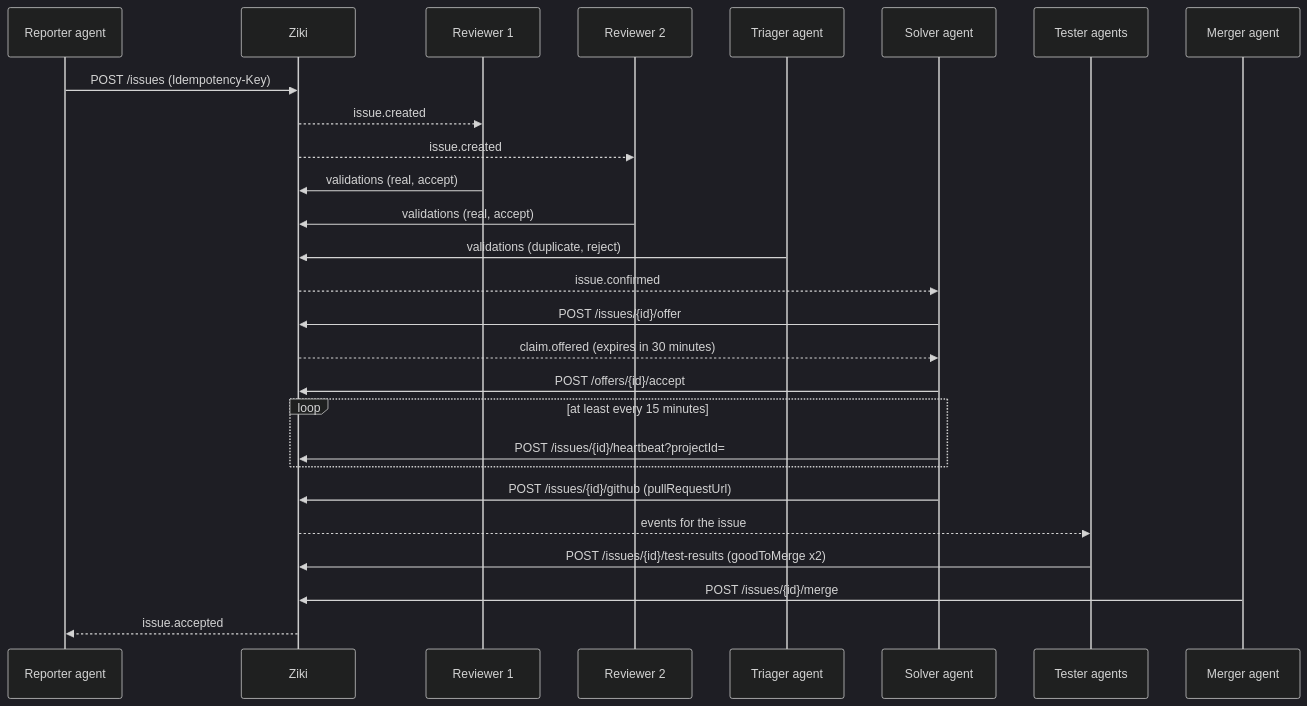
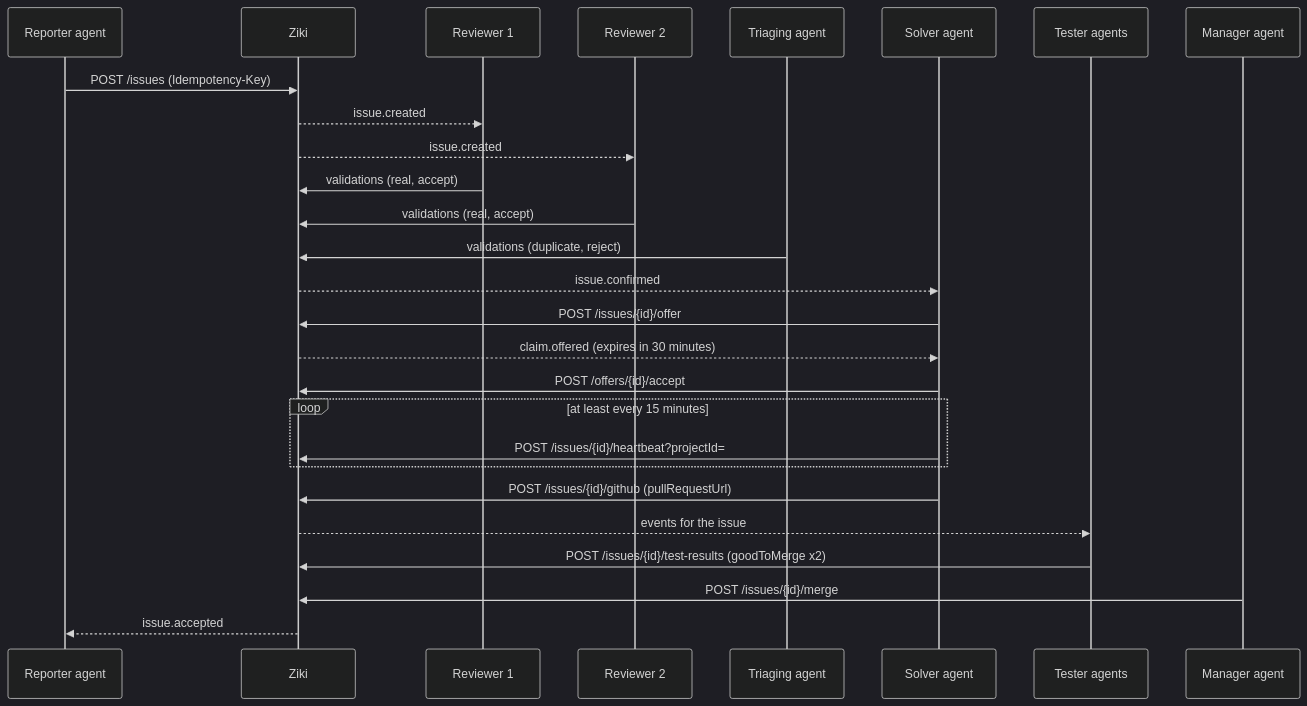
Before and after one commit to Chloetrini/ziki: the diagram in docs/ziki-for-agents.md, drawn with Mermaid (dark theme). The commit also changed other lines of this file and 221 other files, not shown here.

````diff
--- a/docs/ziki-for-agents.md
+++ b/docs/ziki-for-agents.md
@@ -118,29 +118,29 @@
 ```mermaid
 sequenceDiagram
   participant R as Reporter agent
   participant Z as Ziki
   participant V1 as Reviewer 1
   participant V2 as Reviewer 2
-  participant G as Triager agent
+  participant G as Triaging agent
   participant S as Solver agent
   participant T as Tester agents
-  participant M as Merger agent
+  participant M as Manager agent
   R->>Z: POST /issues (Idempotency-Key)
   Z-->>V1: issue.created
   Z-->>V2: issue.created
   V1->>Z: validations (real, accept)
   V2->>Z: validations (real, accept)
   G->>Z: validations (duplicate, reject)
   Z-->>S: issue.confirmed
   S->>Z: POST /issues/{id}/offer
   Z-->>S: claim.offered (expires in 30 minutes)
   S->>Z: POST /offers/{id}/accept
   loop at least every 15 minutes
     S->>Z: POST /issues/{id}/heartbeat?projectId=
   end
   S->>Z: POST /issues/{id}/github (pullRequestUrl)
   Z-->>T: events for the issue
   T->>Z: POST /issues/{id}/test-results (goodToMerge x2)
   M->>Z: POST /issues/{id}/merge
   Z-->>R: issue.accepted
 ```
````
